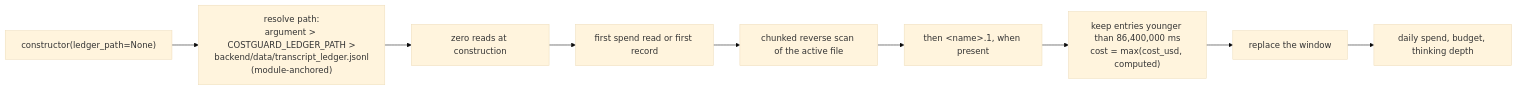
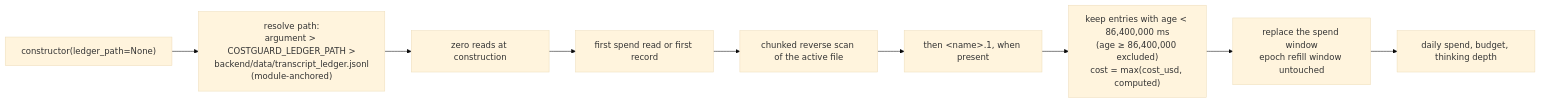
One commit to hcross/robotrader changed the second of 2 diagrams in openspec/changes/fix-costguard-python-gate/design.md. Above: the diagram before and after it, drawn with Mermaid (base theme). The commit also changed other lines of this file and 6 other files, not shown here.

````diff
--- a/openspec/changes/fix-costguard-python-gate/design.md
+++ b/openspec/changes/fix-costguard-python-gate/design.md
@@ -55,11 +55,11 @@
 ```mermaid
 flowchart LR
   C["constructor(ledger_path=None)"] --> RES["resolve path:<br/>argument &gt; COSTGUARD_LEDGER_PATH &gt;<br/>backend/data/transcript_ledger.jsonl<br/>(module-anchored)"]
   RES --> Z["zero reads at construction"]
   Z --> L["first spend read or first record"]
   L --> R["chunked reverse scan of the active file"]
   R --> R1["then &lt;name&gt;.1, when present"]
-  R1 --> F["keep entries younger than 86,400,000 ms<br/>cost = max(cost_usd, computed)"]
-  F --> REP["replace the window"]
+  R1 --> F["keep entries with age &lt; 86,400,000 ms<br/>(age &ge; 86,400,000 excluded)<br/>cost = max(cost_usd, computed)"]
+  F --> REP["replace the spend window<br/>epoch refill window untouched"]
   REP --> T["daily spend, budget, thinking depth"]
 ```
````
